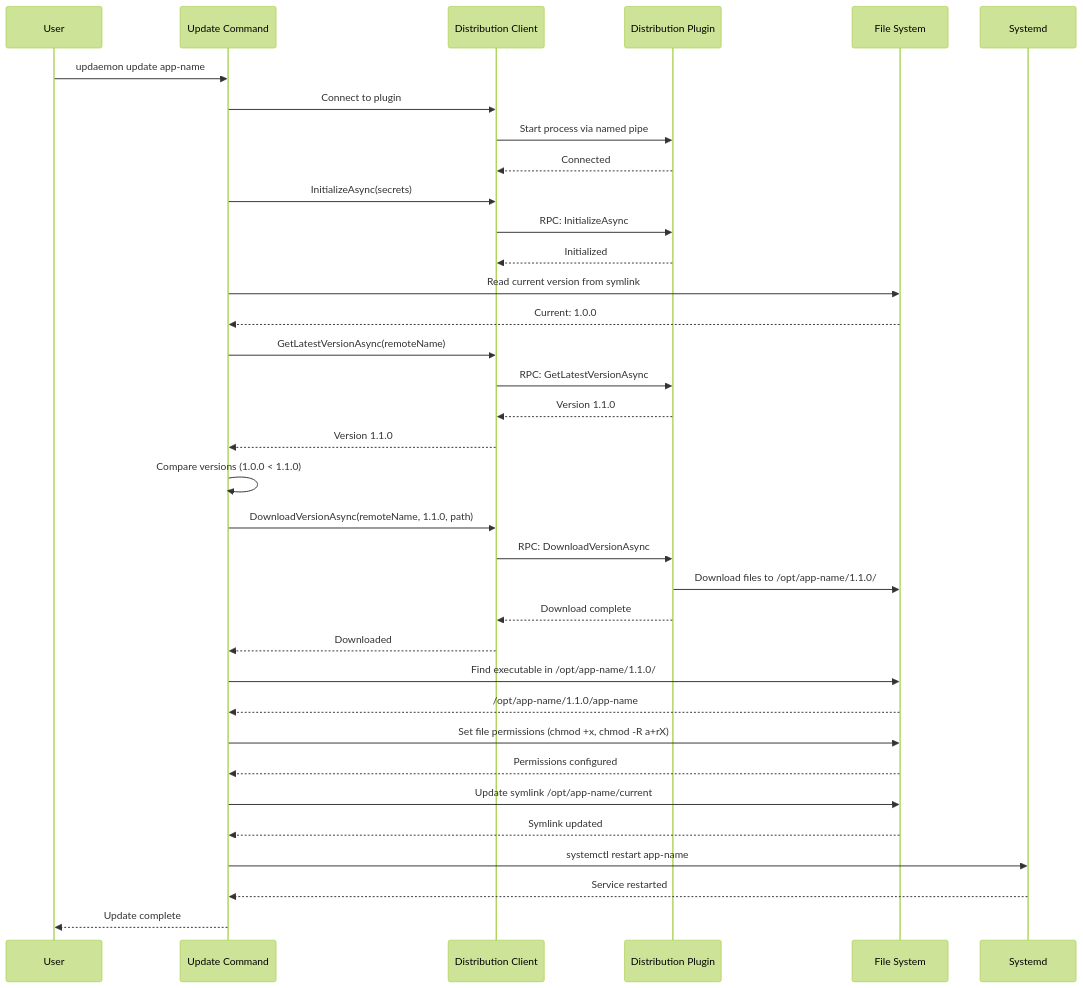
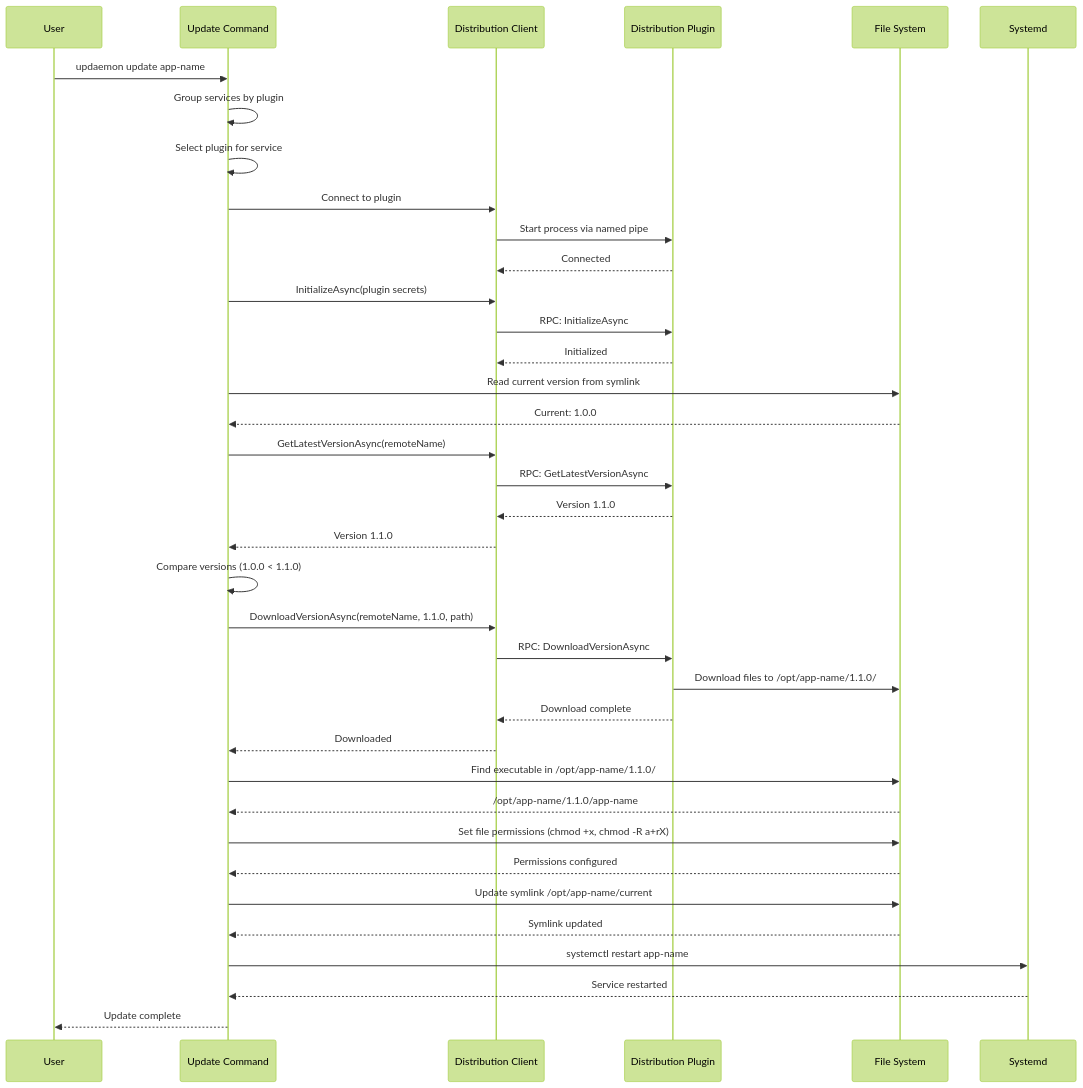
The second of 6 diagrams in README.md (AdamTovatt/updaemon), drawn with Mermaid (forest theme) before and after one commit. The commit also changed other lines of this file, not shown here.

````diff
--- a/README.md
+++ b/README.md
@@ -552,48 +553,50 @@
 ```mermaid
 sequenceDiagram
     participant User
     participant UpdateCmd as Update Command
     participant DistClient as Distribution Client
     participant Plugin as Distribution Plugin
     participant FileSystem as File System
     participant Systemd
     
     User->>UpdateCmd: updaemon update app-name
+    UpdateCmd->>UpdateCmd: Group services by plugin
+    UpdateCmd->>UpdateCmd: Select plugin for service
     UpdateCmd->>DistClient: Connect to plugin
     DistClient->>Plugin: Start process via named pipe
     Plugin-->>DistClient: Connected
     
-    UpdateCmd->>DistClient: InitializeAsync(secrets)
+    UpdateCmd->>DistClient: InitializeAsync(plugin secrets)
     DistClient->>Plugin: RPC: InitializeAsync
     Plugin-->>DistClient: Initialized
     
     UpdateCmd->>FileSystem: Read current version from symlink
     FileSystem-->>UpdateCmd: Current: 1.0.0
     
     UpdateCmd->>DistClient: GetLatestVersionAsync(remoteName)
     DistClient->>Plugin: RPC: GetLatestVersionAsync
     Plugin-->>DistClient: Version 1.1.0
     DistClient-->>UpdateCmd: Version 1.1.0
     
     UpdateCmd->>UpdateCmd: Compare versions (1.0.0 < 1.1.0)
     
     UpdateCmd->>DistClient: DownloadVersionAsync(remoteName, 1.1.0, path)
     DistClient->>Plugin: RPC: DownloadVersionAsync
     Plugin->>FileSystem: Download files to /opt/app-name/1.1.0/
     Plugin-->>DistClient: Download complete
     DistClient-->>UpdateCmd: Downloaded
     
     UpdateCmd->>FileSystem: Find executable in /opt/app-name/1.1.0/
     FileSystem-->>UpdateCmd: /opt/app-name/1.1.0/app-name
     
     UpdateCmd->>FileSystem: Set file permissions (chmod +x, chmod -R a+rX)
     FileSystem-->>UpdateCmd: Permissions configured
     
     UpdateCmd->>FileSystem: Update symlink /opt/app-name/current
     FileSystem-->>UpdateCmd: Symlink updated
     
     UpdateCmd->>Systemd: systemctl restart app-name
     Systemd-->>UpdateCmd: Service restarted
     
     UpdateCmd-->>User: Update complete
 ```
````
